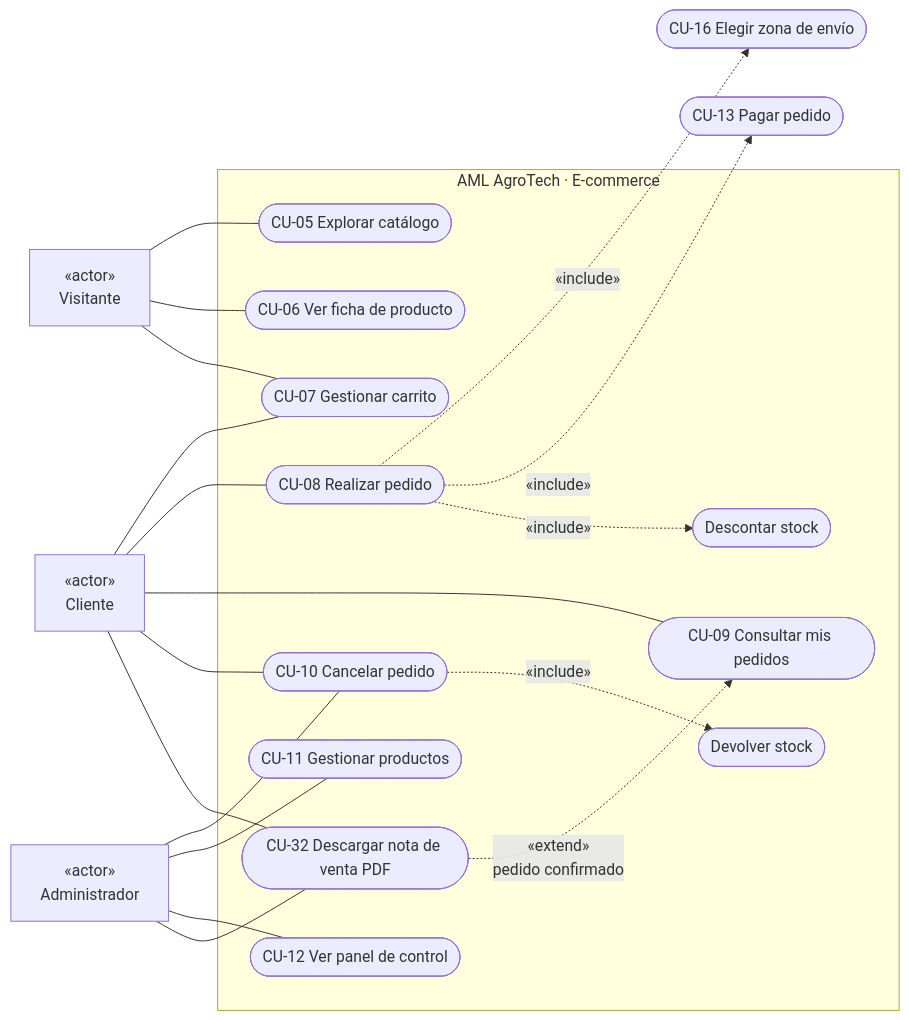
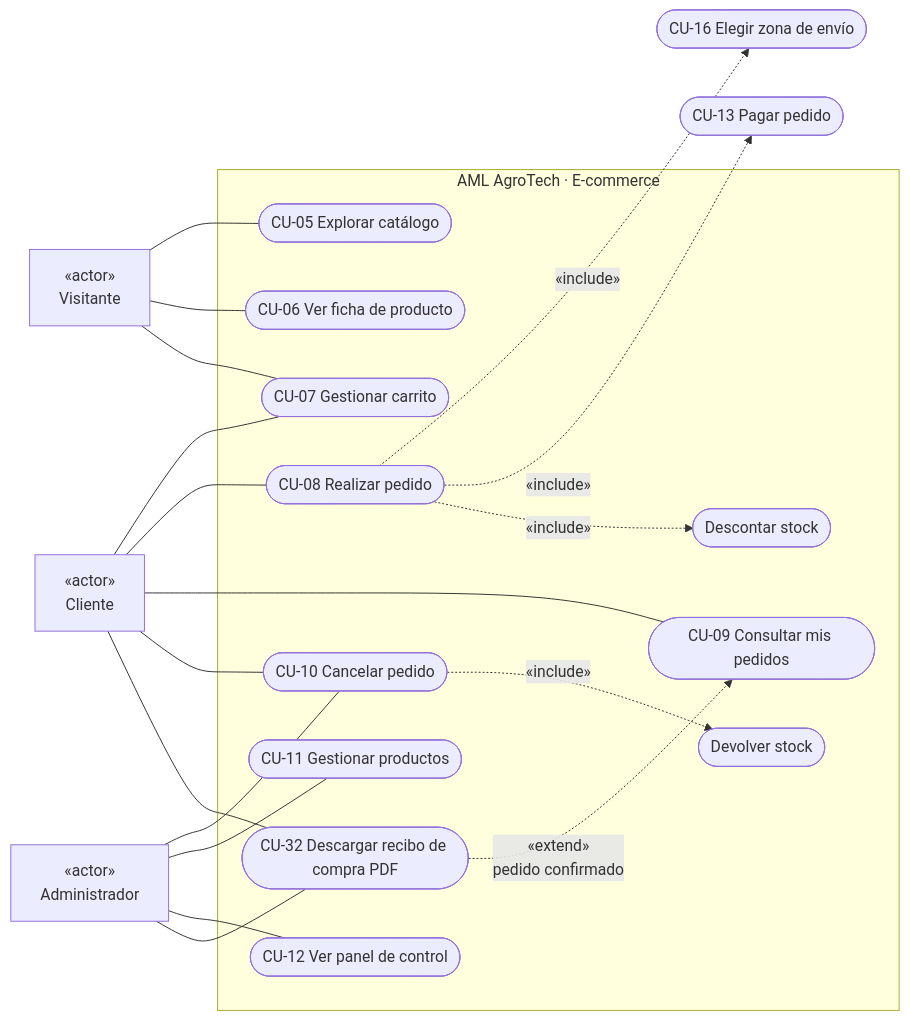
One commit to Almartinezlima/AML-AgroTech changed the third of 9 diagrams in docs/uml/casos-de-uso.md. Above: the diagram before and after it, drawn with Mermaid. The commit also changed other lines of this file and 14 other files, not shown here.

Commit message:
docs(compra): compra en 3 clics, efectivo al recibir confirmado, visor del comprobante y nombres nuevos en specs, UML, OpenAPI y arquitectura

````diff
--- a/docs/uml/casos-de-uso.md
+++ b/docs/uml/casos-de-uso.md
@@ -65,38 +65,38 @@
 ```mermaid
 flowchart LR
   V["«actor»<br/>Visitante"]
   C["«actor»<br/>Cliente"]
   A["«actor»<br/>Administrador"]
   subgraph ECO["AML AgroTech · E-commerce"]
     CU05(["CU-05 Explorar catálogo"])
     CU06(["CU-06 Ver ficha de producto"])
     CU07(["CU-07 Gestionar carrito"])
     CU08(["CU-08 Realizar pedido"])
     CU09(["CU-09 Consultar mis pedidos"])
     CU10(["CU-10 Cancelar pedido"])
     CU11(["CU-11 Gestionar productos"])
     CU12(["CU-12 Ver panel de control"])
-    CU32(["CU-32 Descargar nota de venta PDF"])
+    CU32(["CU-32 Descargar recibo de compra PDF"])
     DS(["Descontar stock"])
     DV(["Devolver stock"])
   end
   CU13(["CU-13 Pagar pedido"])
   CU16(["CU-16 Elegir zona de envío"])
   V --- CU05
   V --- CU06
   V --- CU07
   C --- CU07
   C --- CU08
   C --- CU09
   C --- CU10
   C --- CU32
   A --- CU10
   A --- CU11
   A --- CU12
   A --- CU32
   CU08 -.->|«include»| CU16
   CU08 -.->|«include»| CU13
   CU08 -.->|«include»| DS
   CU10 -.->|«include»| DV
   CU32 -.->|«extend»<br/>pedido confirmado| CU09
 ```
````
